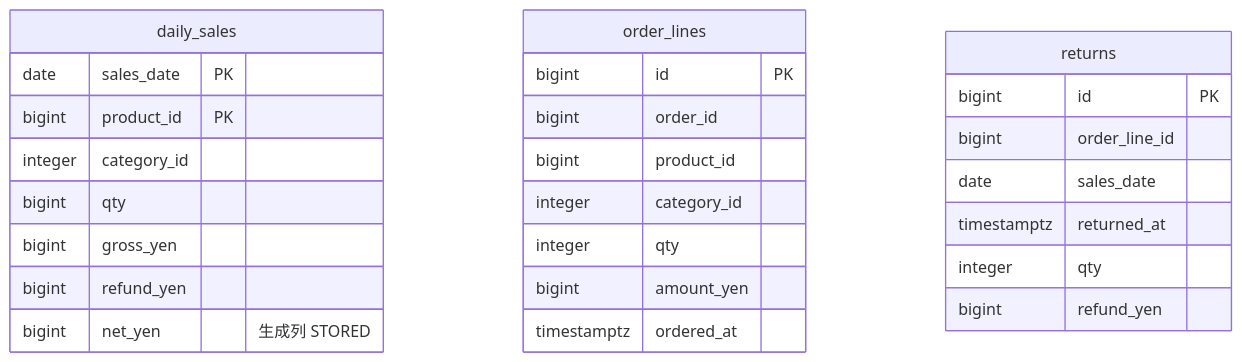
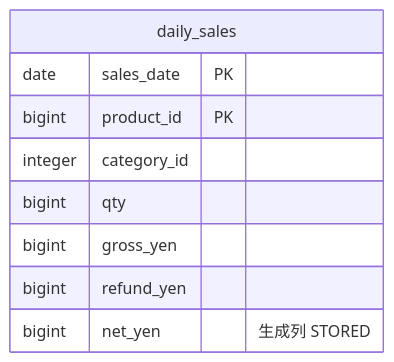
Before and after one commit to driftnode986/postgresql-db-design-samples: the sixth of 11 diagrams in ch11_sales_dashboard/README.md, drawn with Mermaid. The commit also changed other lines of this file and 15 other files, not shown here.

First line of the commit message:
docs: 設計案の構成図を縦並びにし、幅の広い ER 図を分けて、GitHub で縮まない大きさにする

````diff
--- a/ch11_sales_dashboard/README.md
+++ b/ch11_sales_dashboard/README.md
@@ -96,29 +105,12 @@
 ```mermaid
 erDiagram
   daily_sales {
     date sales_date PK
     bigint product_id PK
     integer category_id
     bigint qty
     bigint gross_yen
     bigint refund_yen
     bigint net_yen "生成列 STORED"
   }
-  order_lines {
-    bigint id PK
-    bigint order_id
-    bigint product_id
-    integer category_id
-    integer qty
-    bigint amount_yen
-    timestamptz ordered_at
-  }
-  returns {
-    bigint id PK
-    bigint order_line_id
-    date sales_date
-    timestamptz returned_at
-    integer qty
-    bigint refund_yen
-  }
 ```
````
